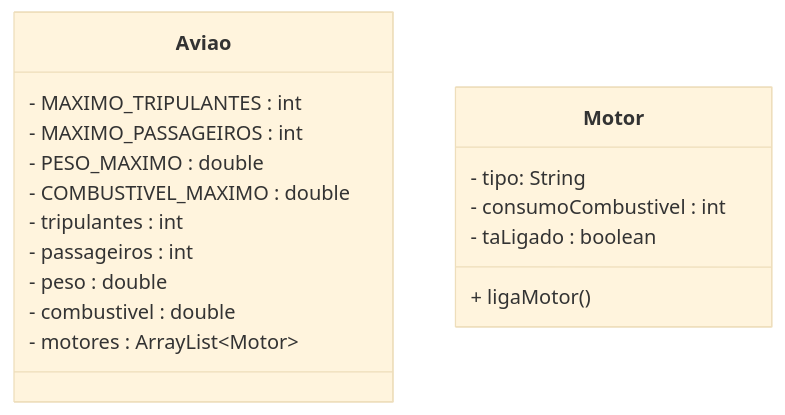
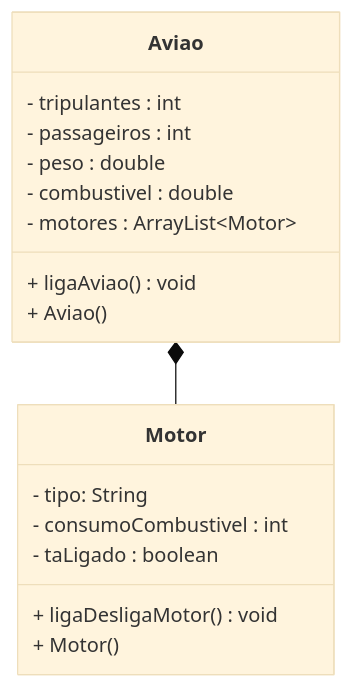
One commit to Victor3294/Pasta-POO-IFSC changed the third of 3 diagrams in aula2605/Readme.md. Above: the diagram before and after it, drawn with Mermaid (base theme). The commit also changed 5 other files, not shown here.

````diff
--- a/aula2605/Readme.md
+++ b/aula2605/Readme.md
@@ -37,21 +37,21 @@
 ```mermaid
 classDiagram
+    Aviao *-- Motor
     class Aviao {
-        - MAXIMO_TRIPULANTES : int
-        - MAXIMO_PASSAGEIROS : int
-        - PESO_MAXIMO : double
-        - COMBUSTIVEL_MAXIMO : double
         - tripulantes : int
         - passageiros : int
         - peso : double
         - combustivel : double
         - motores : ArrayList~Motor~
+        + ligaAviao() void
+        + Aviao()
     }
     
     class Motor {
         - tipo: String
         - consumoCombustivel : int
         - taLigado : boolean
-        + ligaMotor()
+        + ligaDesligaMotor() void
+        + Motor()
     }
 ```
````
